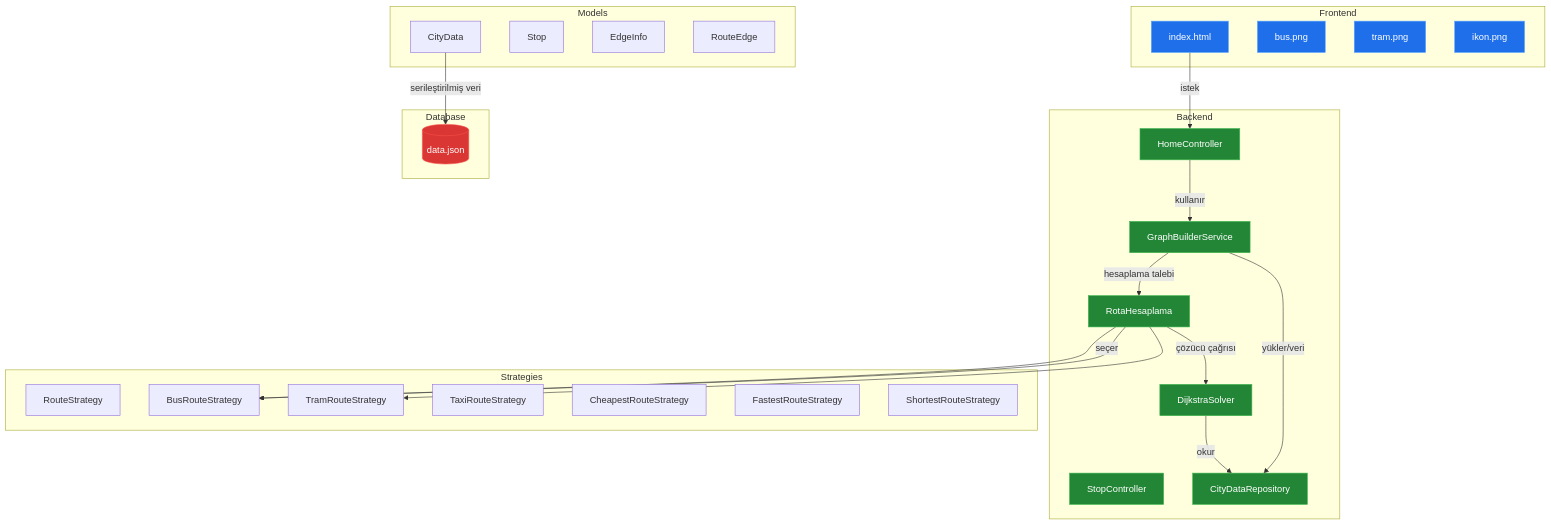
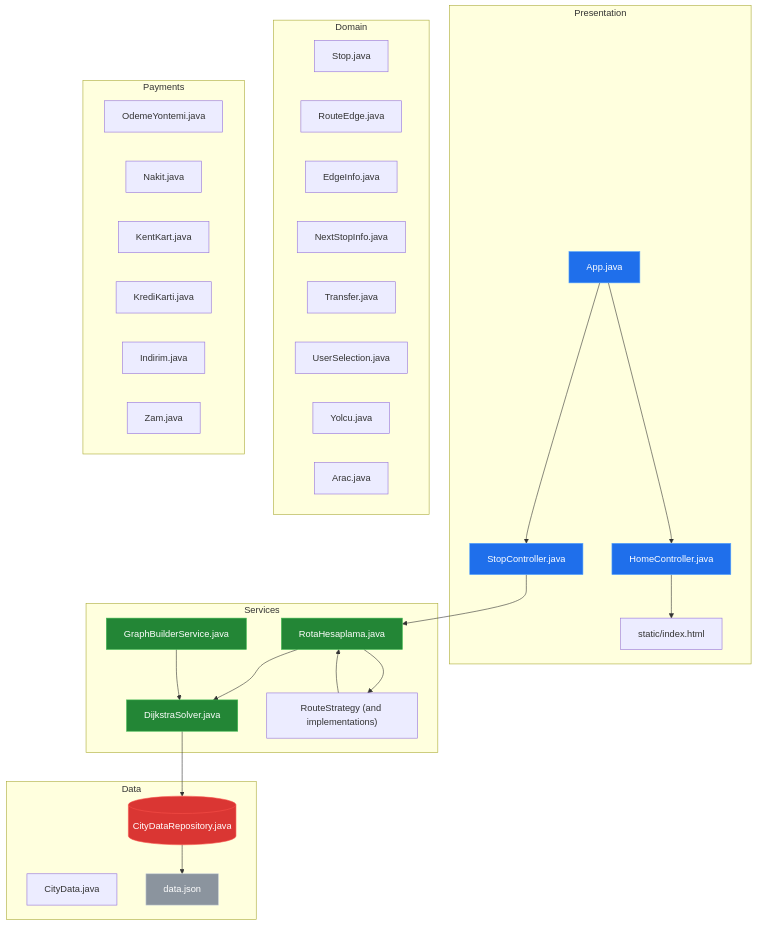
The first of 4 diagrams in README_ARCH.md (YusuffBulbul/Izmit_sehir_ici_ulasim), drawn with Mermaid before and after one commit. The commit also changed other lines of this file, not shown here.

Commit message:
docs: update architecture blueprint and code review (2026-09-07)

````diff
--- a/README_ARCH.md
+++ b/README_ARCH.md
@@ -20,57 +20,57 @@
 ```mermaid
 flowchart TD
-subgraph Backend
-HC["HomeController"]
-SC["StopController"]
-GBS["GraphBuilderService"]
-RH["RotaHesaplama"]
-DS["DijkstraSolver"]
-CDR["CityDataRepository"]
+subgraph Presentation
+APP["App.java"]
+HOME["HomeController.java"]
+STOP["StopController.java"]
+STATIC["static/index.html"]
 end
-subgraph Models
-CityData["CityData"]
-Stop["Stop"]
-EdgeInfo["EdgeInfo"]
-RouteEdge["RouteEdge"]
+subgraph Services
+GRAPH["GraphBuilderService.java"]
+ROTA["RotaHesaplama.java"]
+DIJK["DijkstraSolver.java"]
+STRATEGIES["RouteStrategy (and implementations)"]
 end
-subgraph Strategies
-SR["RouteStrategy"]
-BusS["BusRouteStrategy"]
-TramS["TramRouteStrategy"]
-TaxiS["TaxiRouteStrategy"]
-CheapestS["CheapestRouteStrategy"]
-FastestS["FastestRouteStrategy"]
-ShortestS["ShortestRouteStrategy"]
+subgraph Domain
+STO["Stop.java"]
+EDGE["RouteEdge.java"]
+EDGEINFO["EdgeInfo.java"]
+NEXT["NextStopInfo.java"]
+TRANSFER["Transfer.java"]
+USERSEL["UserSelection.java"]
+YOLCU["Yolcu.java"]
+ARAC["Arac.java"]
 end
-subgraph Frontend
-UI["index.html"]
-BusImg["bus.png"]
-TramImg["tram.png"]
-Ikon["ikon.png"]
+subgraph Payments
+PAY_IFACE["OdemeYontemi.java"]
+NAKIT["Nakit.java"]
+KENT["KentKart.java"]
+KREDI["KrediKarti.java"]
+INDIRIM["Indirim.java"]
+ZAM["Zam.java"]
 end
-subgraph Database
-DataFile[("data.json")]
+subgraph Data
+CITYREPO[("CityDataRepository.java")]
+CITYDATA["CityData.java"]
+DATAFILE["data.json"]
 end
-UI -->|"istek"| HC
-HC -->|"kullanır"| GBS
-GBS -->|"yükler/veri"| CDR
-GBS -->|"hesaplama talebi"| RH
-RH -->|"çözücü çağrısı"| DS
-DS -->|"okur"| CDR
-RH -->|"seçer"| BusS
-RH --> BusS
-RH --> TramS
-CityData -->|"serileştirilmiş veri"| DataFile
-style UI fill:#1f6feb,stroke:#58a6ff,color:#fff
-style BusImg fill:#1f6feb,stroke:#58a6ff,color:#fff
-style TramImg fill:#1f6feb,stroke:#58a6ff,color:#fff
-style Ikon fill:#1f6feb,stroke:#58a6ff,color:#fff
-style HC fill:#238636,stroke:#3fb950,color:#fff
-style SC fill:#238636,stroke:#3fb950,color:#fff
-style GBS fill:#238636,stroke:#3fb950,color:#fff
-style RH fill:#238636,stroke:#3fb950,color:#fff
-style DS fill:#238636,stroke:#3fb950,color:#fff
-style CDR fill:#238636,stroke:#3fb950,color:#fff
-style DataFile fill:#da3633,stroke:#f85149,color:#fff
+APP --> HOME
+APP --> STOP
+HOME --> STATIC
+STOP --> ROTA
+ROTA --> DIJK
+DIJK --> CITYREPO
+CITYREPO --> DATAFILE
+STRATEGIES --> ROTA
+GRAPH --> DIJK
+ROTA --> STRATEGIES
+style APP fill:#1f6feb,stroke:#58a6ff,color:#fff
+style HOME fill:#1f6feb,stroke:#58a6ff,color:#fff
+style STOP fill:#1f6feb,stroke:#58a6ff,color:#fff
+style GRAPH fill:#238636,stroke:#3fb950,color:#fff
+style ROTA fill:#238636,stroke:#3fb950,color:#fff
+style DIJK fill:#238636,stroke:#3fb950,color:#fff
+style CITYREPO fill:#da3633,stroke:#f85149,color:#fff
+style DATAFILE fill:#8b949e,stroke:#c9d1d9,color:#fff
 
 ```
````
